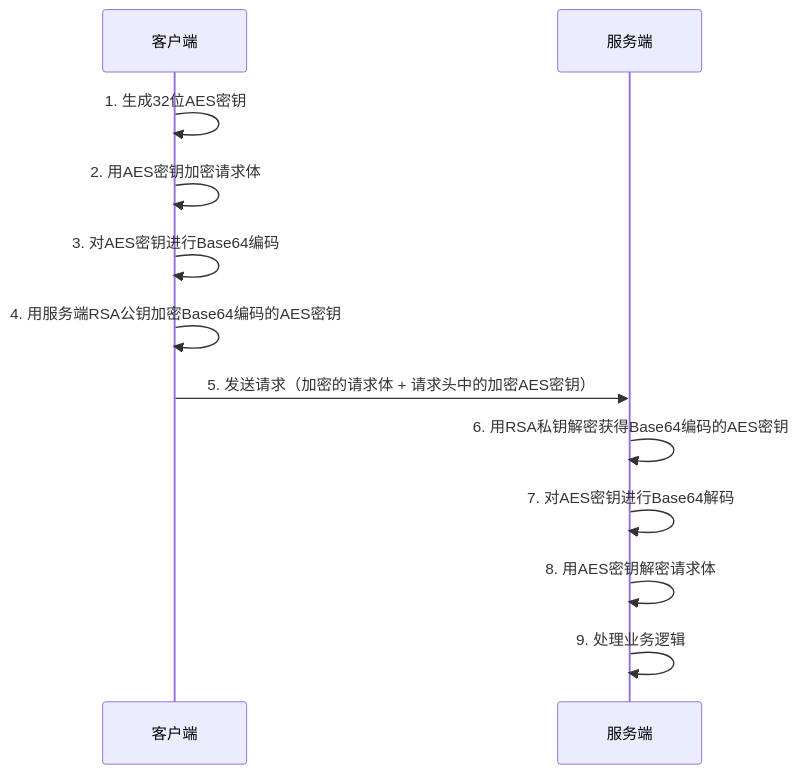
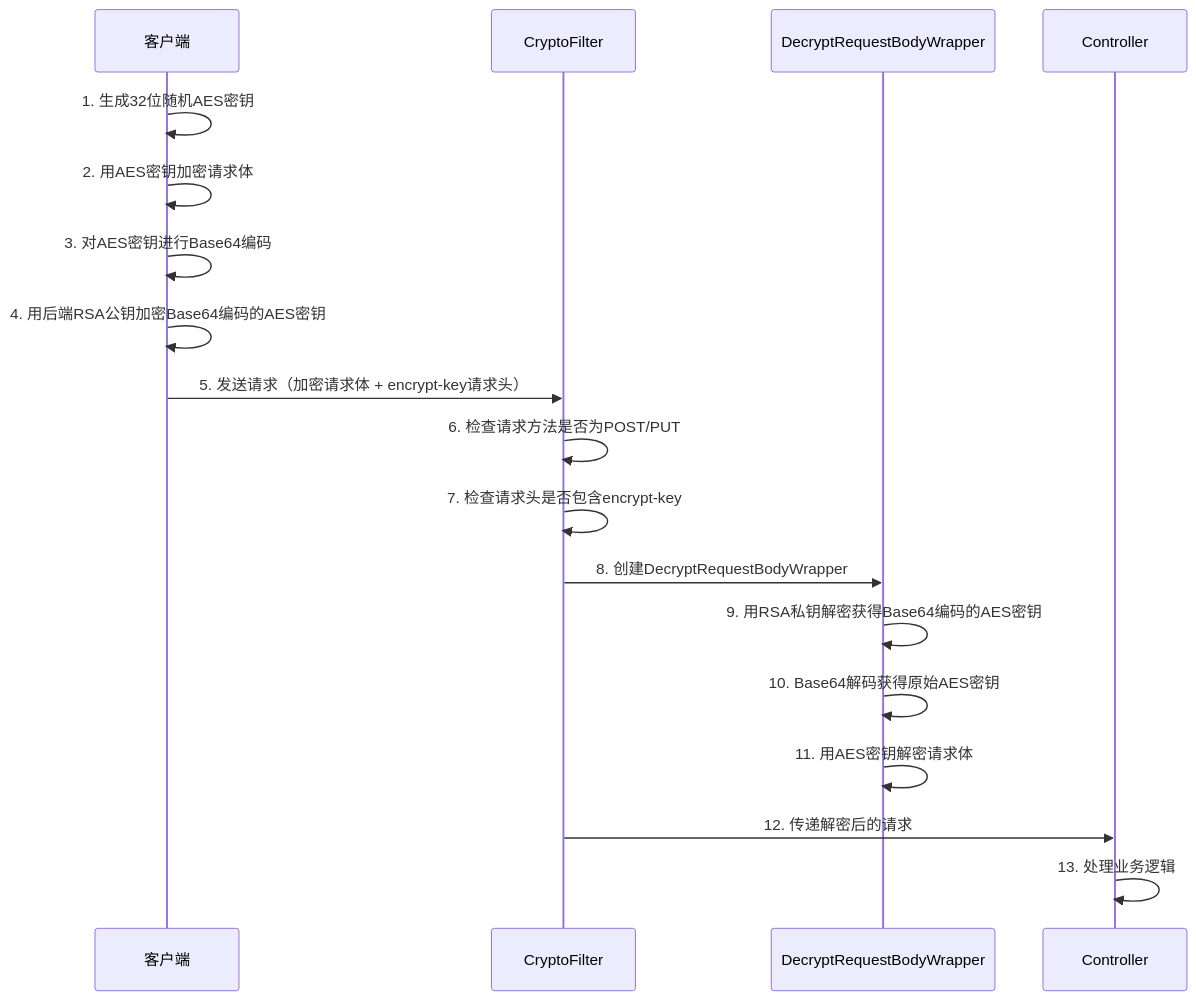
The first of 2 diagrams in docs/backend/common/encrypt/api-encryption.md (bkywksj/ruoyi-plus-uniapp-docs), drawn with Mermaid before and after one commit. The commit also changed other lines of this file and 50 other files, not shown here.

````diff
--- a/docs/backend/common/encrypt/api-encryption.md
+++ b/docs/backend/common/encrypt/api-encryption.md
@@ -84,15 +258,21 @@
 ```mermaid
 sequenceDiagram
     participant C as 客户端
-    participant S as 服务端
-    
-    C->>C: 1. 生成32位AES密钥
+    participant F as CryptoFilter
+    participant W as DecryptRequestBodyWrapper
+    participant S as Controller
+
+    C->>C: 1. 生成32位随机AES密钥
     C->>C: 2. 用AES密钥加密请求体
     C->>C: 3. 对AES密钥进行Base64编码
-    C->>C: 4. 用服务端RSA公钥加密Base64编码的AES密钥
-    C->>S: 5. 发送请求（加密的请求体 + 请求头中的加密AES密钥）
-    S->>S: 6. 用RSA私钥解密获得Base64编码的AES密钥
-    S->>S: 7. 对AES密钥进行Base64解码
-    S->>S: 8. 用AES密钥解密请求体
-    S->>S: 9. 处理业务逻辑
+    C->>C: 4. 用后端RSA公钥加密Base64编码的AES密钥
+    C->>F: 5. 发送请求（加密请求体 + encrypt-key请求头）
+    F->>F: 6. 检查请求方法是否为POST/PUT
+    F->>F: 7. 检查请求头是否包含encrypt-key
+    F->>W: 8. 创建DecryptRequestBodyWrapper
+    W->>W: 9. 用RSA私钥解密获得Base64编码的AES密钥
+    W->>W: 10. Base64解码获得原始AES密钥
+    W->>W: 11. 用AES密钥解密请求体
+    F->>S: 12. 传递解密后的请求
+    S->>S: 13. 处理业务逻辑
 ```
````
